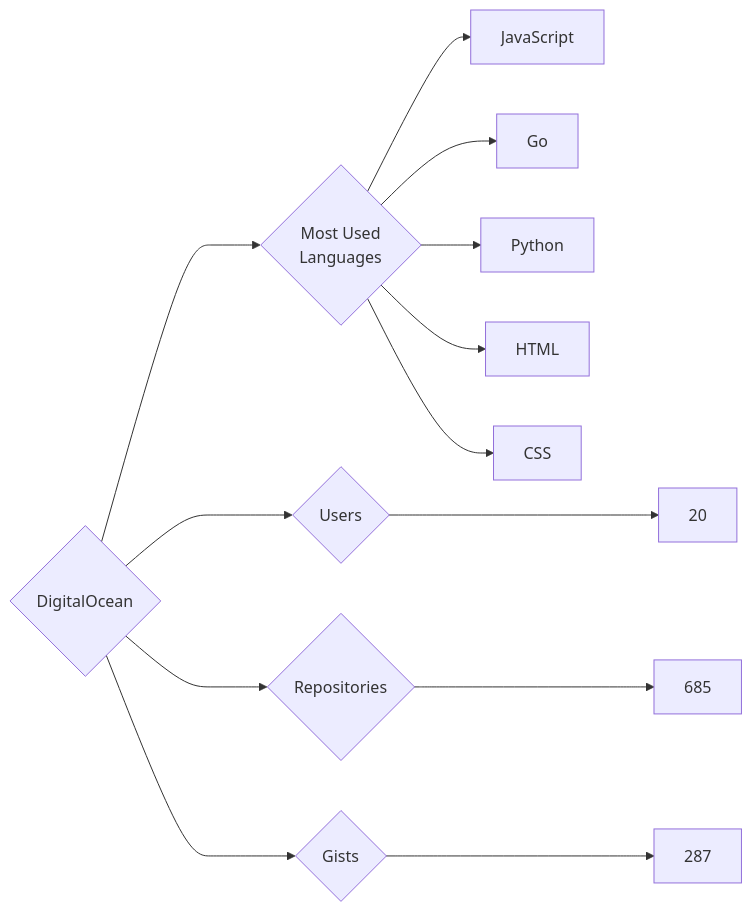
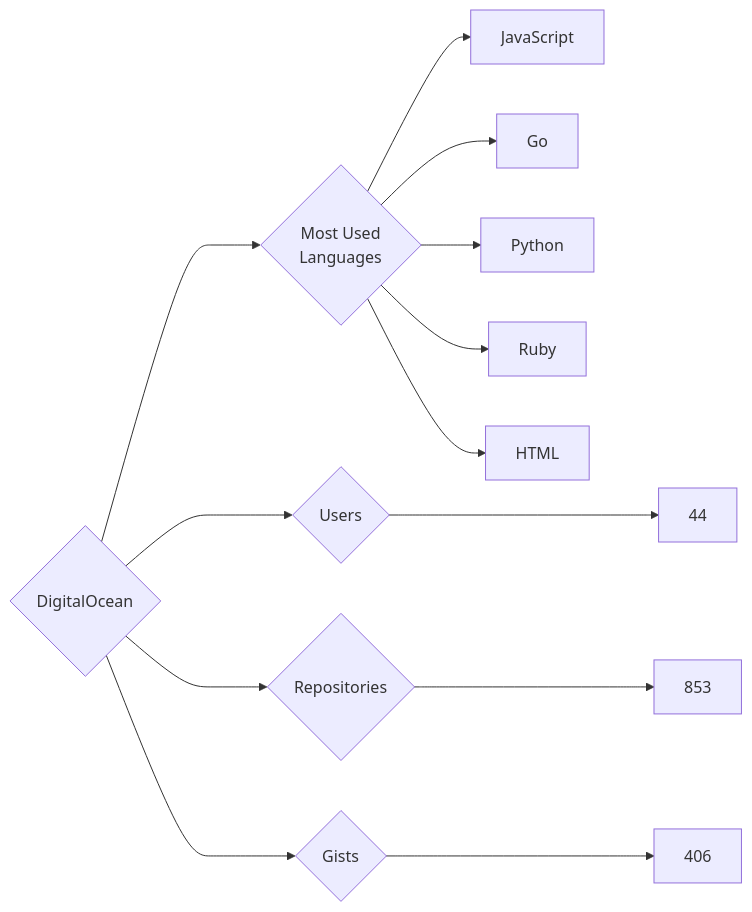
The diagram in targets/DigitalOcean/README.md (trickest/insiders), drawn with Mermaid before and after one commit. The commit also changed 736 other files, not shown here.

````diff
--- a/targets/DigitalOcean/README.md
+++ b/targets/DigitalOcean/README.md
@@ -3,13 +3,13 @@
 ```mermaid
 graph LR
 COMPANY_NAME{DigitalOcean}
-COMPANY_NAME ---> U{Users} ---> UN[20]
-COMPANY_NAME ---> R{Repositories} ---> RN[685]
-COMPANY_NAME ---> G{Gists} ---> GN[287]
+COMPANY_NAME ---> U{Users} ---> UN[44]
+COMPANY_NAME ---> R{Repositories} ---> RN[853]
+COMPANY_NAME ---> G{Gists} ---> GN[406]
 COMPANY_NAME ---> ML{Most Used<br>Languages}
 ML --> JavaScript[JavaScript]
 ML --> Go[Go]
 ML --> Python[Python]
+ML --> Ruby[Ruby]
 ML --> HTML[HTML]
-ML --> CSS[CSS]
 ```
````
